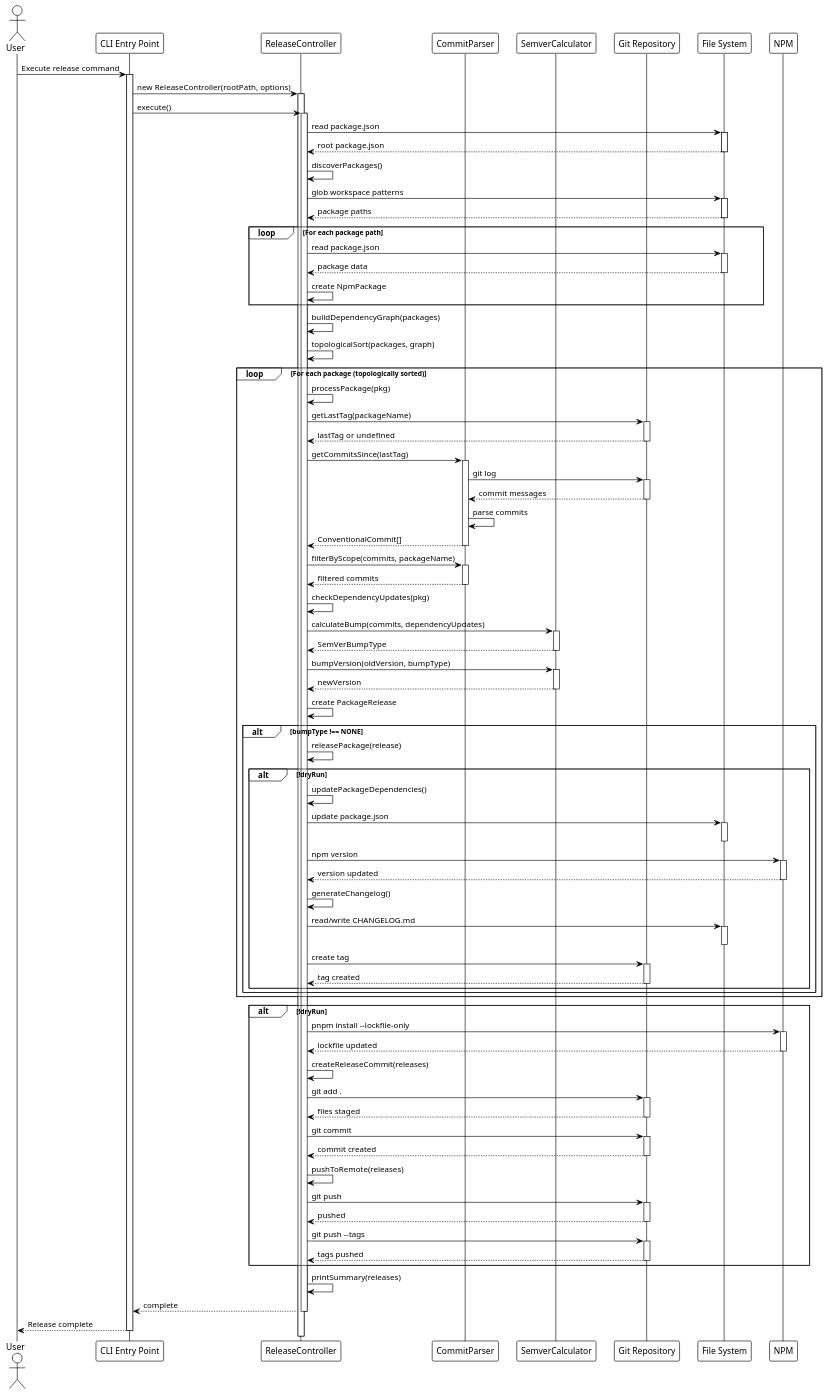
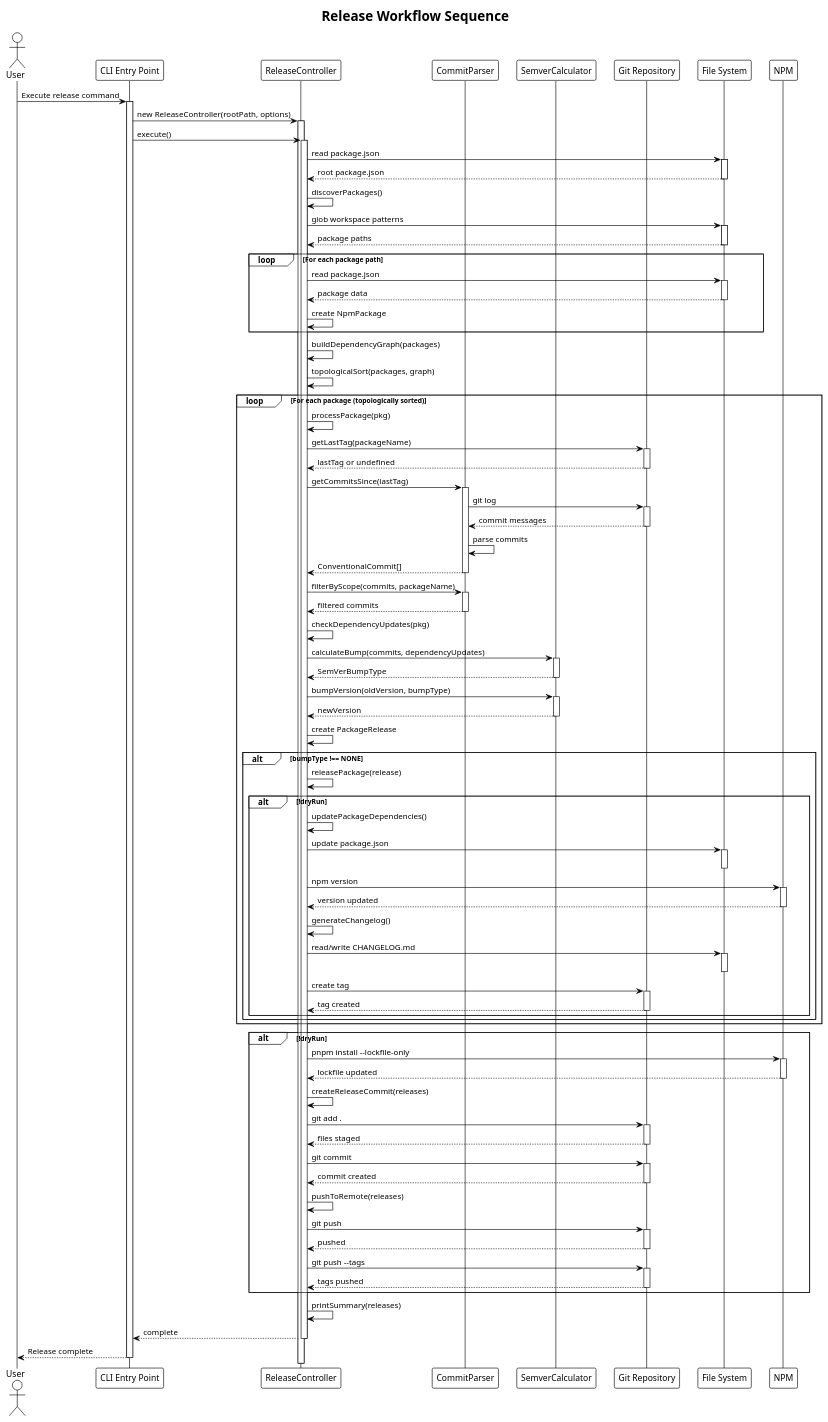
Before and after one commit to IgorBabkin/release-monorepo-semantically: the diagram in docs/uml-release-sequence.puml, drawn with PlantUML. The commit also changed 36 other files, not shown here.

```diff
--- a/docs/uml-release-sequence.puml
+++ b/docs/uml-release-sequence.puml
@@ -1,149 +1,150 @@
-@startuml Release Workflow Sequence
+@startuml
+title Release Workflow Sequence
 
 !theme plain
 
 actor User
 participant "CLI Entry Point" as CLI
 participant "ReleaseController" as Controller
 participant "CommitParser" as Parser
 participant "SemverCalculator" as Semver
 participant "Git Repository" as Git
 participant "File System" as FS
 participant "NPM" as NPM
 
 User -> CLI: Execute release command
 activate CLI
 
 CLI -> Controller: new ReleaseController(rootPath, options)
 activate Controller
 
 CLI -> Controller: execute()
 activate Controller
 
 ' Phase 1: Discovery
 Controller -> FS: read package.json
 activate FS
 FS --> Controller: root package.json
 deactivate FS
 
 Controller -> Controller: discoverPackages()
 Controller -> FS: glob workspace patterns
 activate FS
 FS --> Controller: package paths
 deactivate FS
 
 loop For each package path
     Controller -> FS: read package.json
     activate FS
     FS --> Controller: package data
     deactivate FS
     Controller -> Controller: create NpmPackage
 end
 
 ' Phase 2: Dependency Graph
 Controller -> Controller: buildDependencyGraph(packages)
 Controller -> Controller: topologicalSort(packages, graph)
 
 ' Phase 3: Process Packages
 loop For each package (topologically sorted)
     Controller -> Controller: processPackage(pkg)
     
     Controller -> Git: getLastTag(packageName)
     activate Git
     Git --> Controller: lastTag or undefined
     deactivate Git
     
     Controller -> Parser: getCommitsSince(lastTag)
     activate Parser
     Parser -> Git: git log
     activate Git
     Git --> Parser: commit messages
     deactivate Git
     Parser -> Parser: parse commits
     Parser --> Controller: ConventionalCommit[]
     deactivate Parser
     
     Controller -> Parser: filterByScope(commits, packageName)
     activate Parser
     Parser --> Controller: filtered commits
     deactivate Parser
     
     Controller -> Controller: checkDependencyUpdates(pkg)
     
     Controller -> Semver: calculateBump(commits, dependencyUpdates)
     activate Semver
     Semver --> Controller: SemVerBumpType
     deactivate Semver
     
     Controller -> Semver: bumpVersion(oldVersion, bumpType)
     activate Semver
     Semver --> Controller: newVersion
     deactivate Semver
     
     Controller -> Controller: create PackageRelease
     
     alt bumpType !== NONE
         Controller -> Controller: releasePackage(release)
         
         alt !dryRun
             Controller -> Controller: updatePackageDependencies()
             Controller -> FS: update package.json
             activate FS
             deactivate FS
             
             Controller -> NPM: npm version
             activate NPM
             NPM --> Controller: version updated
             deactivate NPM
             
             Controller -> Controller: generateChangelog()
             Controller -> FS: read/write CHANGELOG.md
             activate FS
             deactivate FS
             
             Controller -> Git: create tag
             activate Git
             Git --> Controller: tag created
             deactivate Git
         end
     end
 end
 
 ' Phase 4: Finalization
 alt !dryRun
     Controller -> NPM: pnpm install --lockfile-only
     activate NPM
     NPM --> Controller: lockfile updated
     deactivate NPM
     
     Controller -> Controller: createReleaseCommit(releases)
     Controller -> Git: git add .
     activate Git
     Git --> Controller: files staged
     deactivate Git
     
     Controller -> Git: git commit
     activate Git
     Git --> Controller: commit created
     deactivate Git
     
     Controller -> Controller: pushToRemote(releases)
     Controller -> Git: git push
     activate Git
     Git --> Controller: pushed
     deactivate Git
     
     Controller -> Git: git push --tags
     activate Git
     Git --> Controller: tags pushed
     deactivate Git
 end
 
 Controller -> Controller: printSummary(releases)
 Controller --> CLI: complete
 deactivate Controller
 
 CLI --> User: Release complete
 deactivate CLI
 
 @enduml
```
